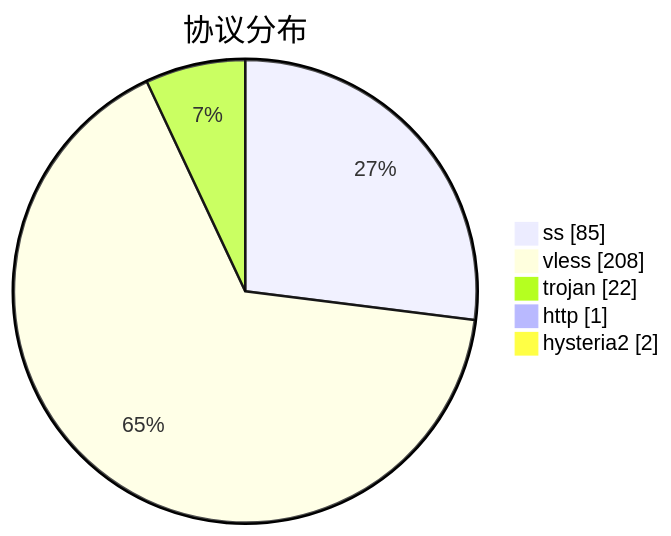
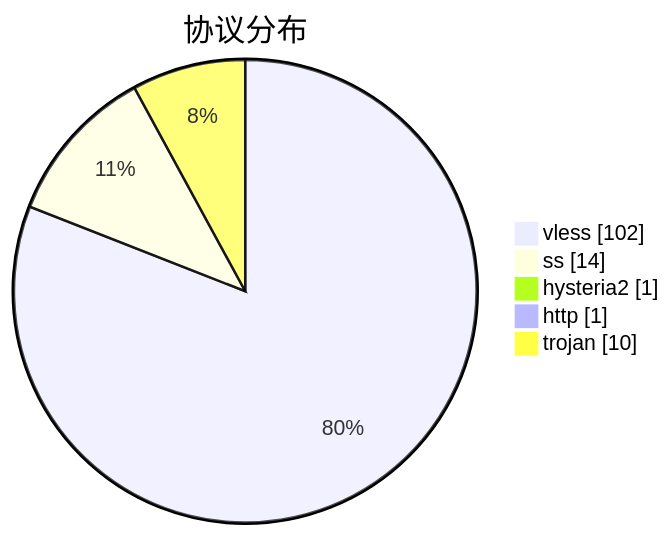
One commit to qjlxg/airport changed the third of 3 diagrams in subs/statistics/tested_within.md. Above: the diagram before and after it, drawn with Mermaid. The commit also changed other lines of this file and 2 other files, not shown here.

````diff
--- a/subs/statistics/tested_within.md
+++ b/subs/statistics/tested_within.md
@@ -29,9 +24,9 @@
 ```mermaid
 pie showData
 title 协议分布
-"ss" : 85
-"vless" : 208
-"trojan" : 22
+"vless" : 102
+"ss" : 14
+"hysteria2" : 1
 "http" : 1
-"hysteria2" : 2
+"trojan" : 10
 ```
````
